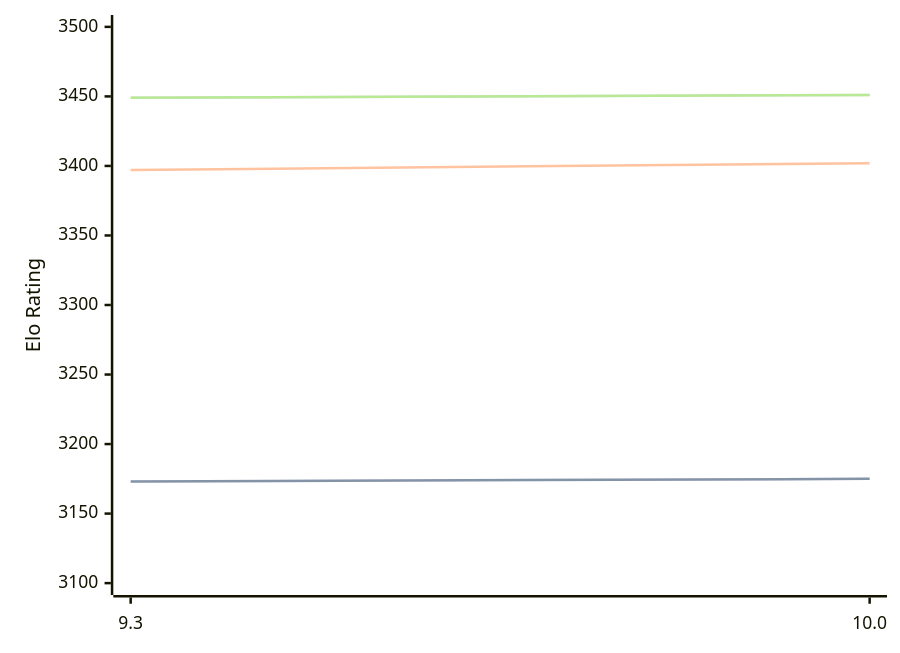
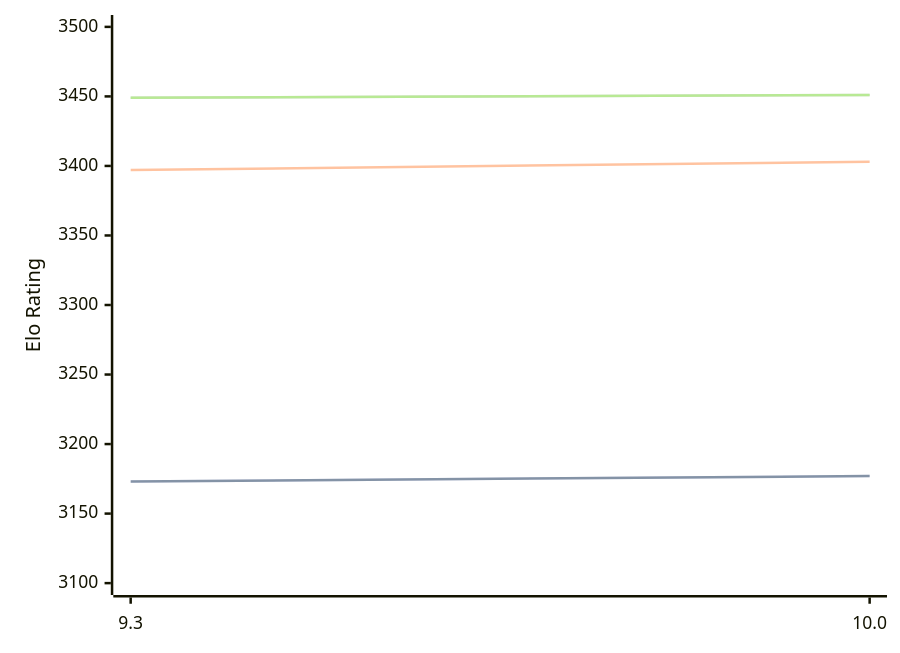
Before and after one commit to computer-chess-index/cci: the diagram in engines/Fire.md, drawn with Mermaid. The commit also changed other lines of this file, not shown here.

Commit message:
Update CCI Ratings (ELO VLTC) - 2026-03-24

````diff
--- a/engines/Fire.md
+++ b/engines/Fire.md
@@ -47,11 +47,11 @@
 ```mermaid
 %%{init: {"theme":"base","themeVariables":{"seriesColors:['#a3a3a3','#222221','#faa371']}}}%%
 xychart-beta
   x-axis ["9.3", "10.0"]
   y-axis "Elo Rating" 3100 --> 3500
-  line "STC (8.0+0.08s)" [3173, 3175]
-  line "STC (8.0+0.08s)" [3173, 3175]
-  line "LTC (60.0+0.60s)" [3397, 3402]
+  line "STC (8.0+0.08s)" [3173, 3177]
+  line "STC (8.0+0.08s)" [3173, 3177]
+  line "LTC (60.0+0.60s)" [3397, 3403]
   line "VLTC (2m24s+1.12s)" [3449, 3451]
   line "VLTC (2m24s+1.12s)" [3449, 3451]
 ```
````
